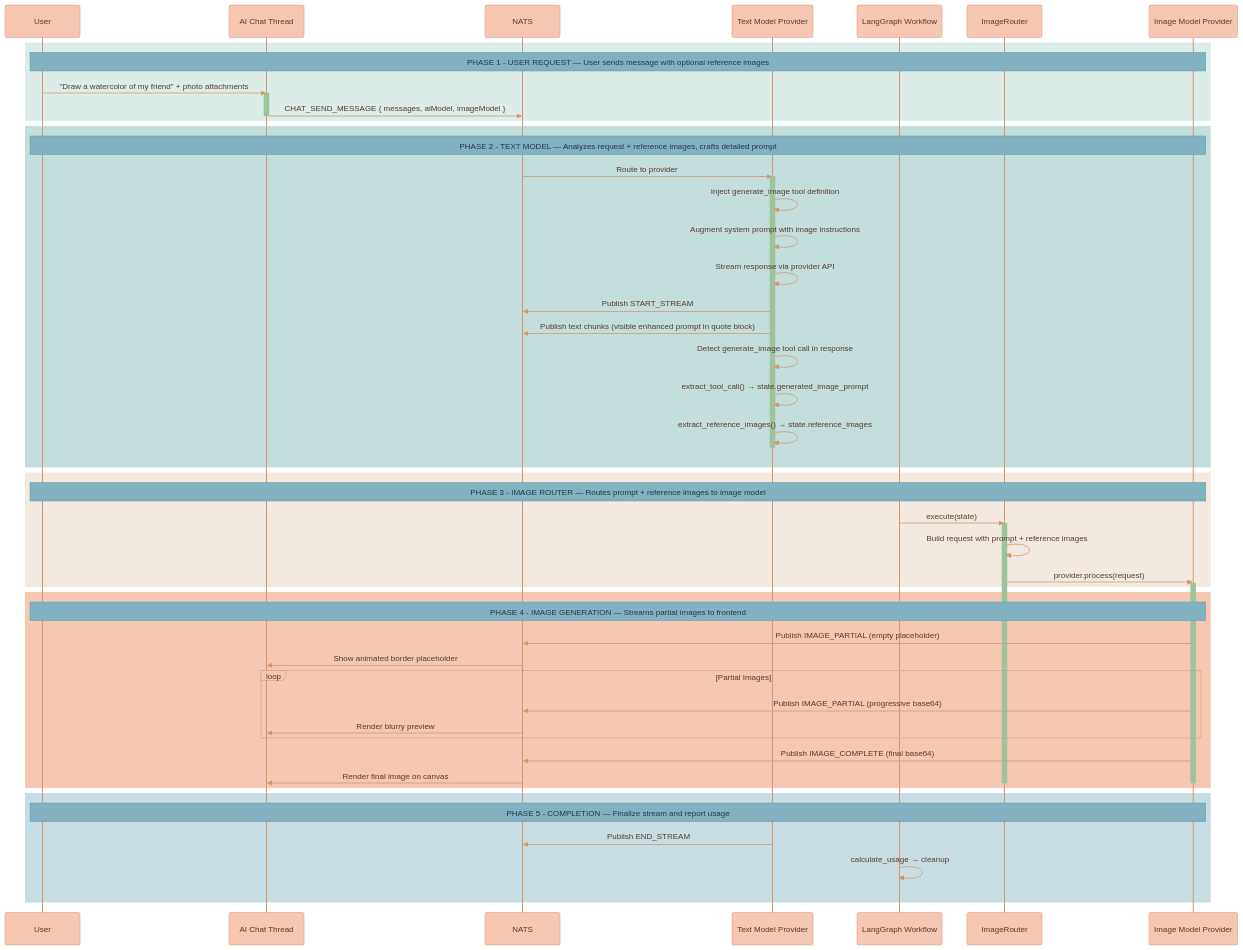
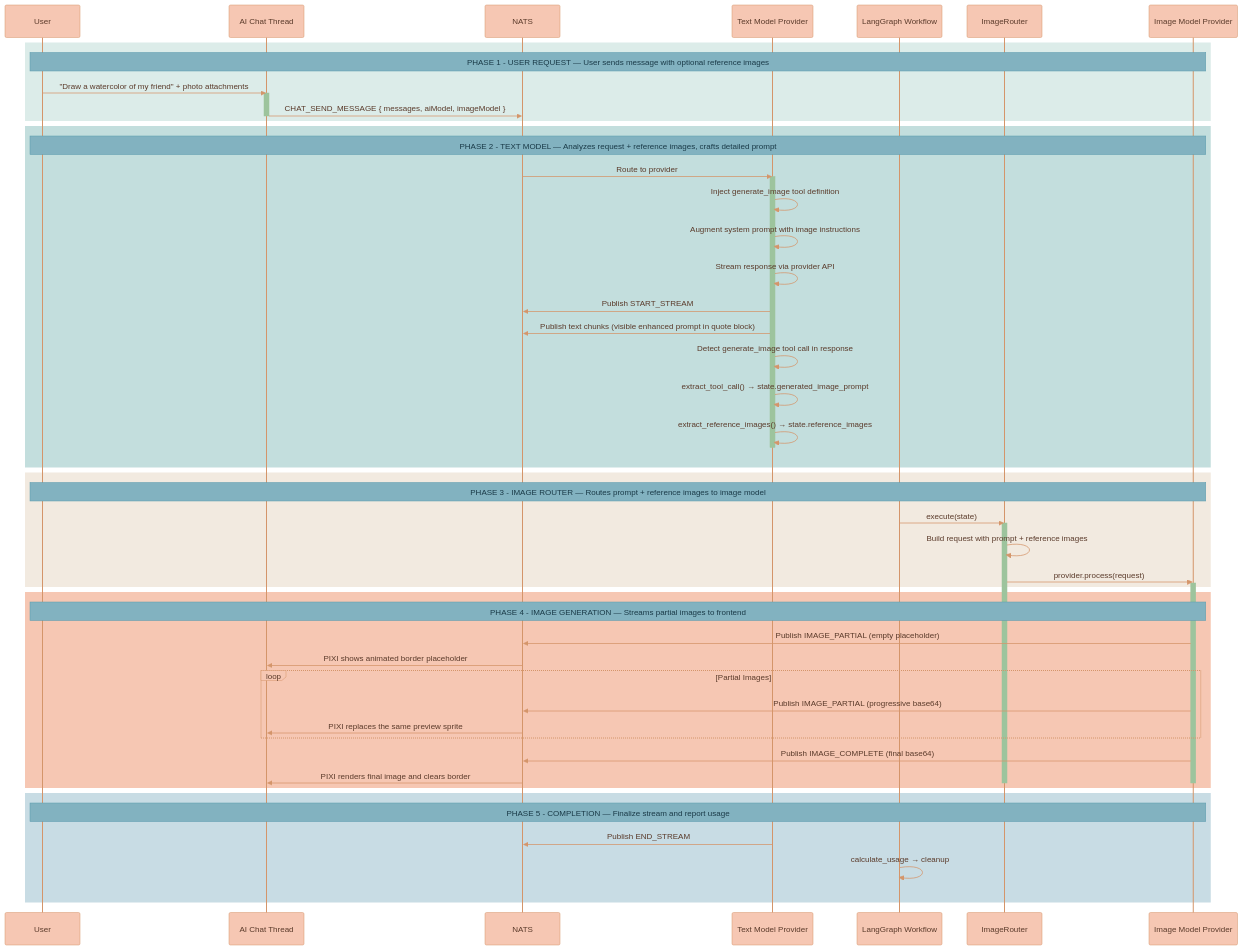
One commit to Lixpi/lixpi changed the third of 3 diagrams in documentation/features/IMAGE-GENERATION.md. Above: the diagram before and after it, drawn with Mermaid. The commit also changed other lines of this file and 16 other files, not shown here.

Commit message:
LIX-199 # Fix generated image preview lifecycle and persisted provenance

````diff
--- a/documentation/features/IMAGE-GENERATION.md
+++ b/documentation/features/IMAGE-GENERATION.md
@@ -134,77 +134,77 @@
 ```mermaid
 %%{init: {'theme': 'base', 'themeVariables': { 'noteBkgColor': '#82B2C0', 'noteTextColor': '#1a3a47', 'noteBorderColor': '#5a9aad', 'actorBkg': '#F6C7B3', 'actorBorder': '#d4956a', 'actorTextColor': '#5a3a2a', 'actorLineColor': '#d4956a', 'signalColor': '#d4956a', 'signalTextColor': '#5a3a2a', 'labelBoxBkgColor': '#F6C7B3', 'labelBoxBorderColor': '#d4956a', 'labelTextColor': '#5a3a2a', 'loopTextColor': '#5a3a2a', 'activationBorderColor': '#9DC49D', 'activationBkgColor': '#9DC49D', 'sequenceNumberColor': '#5a3a2a'}}}%%
 sequenceDiagram
     participant User
     participant Frontend as AI Chat Thread
     participant NATS
     participant TextModel as Text Model Provider
     participant LangGraph as LangGraph Workflow
     participant Router as ImageRouter
     participant ImgModel as Image Model Provider
     %% ═══════════════════════════════════════════════════════════════
     %% PHASE 1: USER REQUEST
     %% ═══════════════════════════════════════════════════════════════
     rect rgb(220, 236, 233)
         Note over User, ImgModel: PHASE 1 - USER REQUEST — User sends message with optional reference images
         User->>Frontend: "Draw a watercolor of my friend" + photo attachments
         activate Frontend
         Frontend->>NATS: CHAT_SEND_MESSAGE { messages, aiModel, imageModel }
         deactivate Frontend
     end
 
     %% ═══════════════════════════════════════════════════════════════
     %% PHASE 2: TEXT MODEL GENERATES ENHANCED PROMPT
     %% ═══════════════════════════════════════════════════════════════
     rect rgb(195, 222, 221)
         Note over User, ImgModel: PHASE 2 - TEXT MODEL — Analyzes request + reference images, crafts detailed prompt
         NATS->>TextModel: Route to provider
         activate TextModel
         TextModel->>TextModel: Inject generate_image tool definition
         TextModel->>TextModel: Augment system prompt with image instructions
         TextModel->>TextModel: Stream response via provider API
         TextModel->>NATS: Publish START_STREAM
         TextModel->>NATS: Publish text chunks (visible enhanced prompt in quote block)
         TextModel->>TextModel: Detect generate_image tool call in response
         TextModel->>TextModel: extract_tool_call() → state.generated_image_prompt
         TextModel->>TextModel: extract_reference_images() → state.reference_images
         deactivate TextModel
     end
 
     %% ═══════════════════════════════════════════════════════════════
     %% PHASE 3: IMAGE ROUTER
     %% ═══════════════════════════════════════════════════════════════
     rect rgb(242, 234, 224)
         Note over User, ImgModel: PHASE 3 - IMAGE ROUTER — Routes prompt + reference images to image model
         LangGraph->>Router: execute(state)
         activate Router
         Router->>Router: Build request with prompt + reference images
         Router->>ImgModel: provider.process(request)
         activate ImgModel
     end
 
     %% ═══════════════════════════════════════════════════════════════
     %% PHASE 4: IMAGE GENERATION + STREAMING
     %% ═══════════════════════════════════════════════════════════════
     rect rgb(246, 199, 179)
         Note over User, ImgModel: PHASE 4 - IMAGE GENERATION — Streams partial images to frontend
         ImgModel->>NATS: Publish IMAGE_PARTIAL (empty placeholder)
-        NATS->>Frontend: Show animated border placeholder
+        NATS->>Frontend: PIXI shows animated border placeholder
         loop Partial Images
             ImgModel->>NATS: Publish IMAGE_PARTIAL (progressive base64)
-            NATS->>Frontend: Render blurry preview
+            NATS->>Frontend: PIXI replaces the same preview sprite
         end
         ImgModel->>NATS: Publish IMAGE_COMPLETE (final base64)
-        NATS->>Frontend: Render final image on canvas
+        NATS->>Frontend: PIXI renders final image and clears border
         deactivate ImgModel
         deactivate Router
     end
 
     %% ═══════════════════════════════════════════════════════════════
     %% PHASE 5: COMPLETION
     %% ═══════════════════════════════════════════════════════════════
     rect rgb(200, 220, 228)
         Note over User, ImgModel: PHASE 5 - COMPLETION — Finalize stream and report usage
         TextModel->>NATS: Publish END_STREAM
         LangGraph->>LangGraph: calculate_usage → cleanup
     end
 ```
````
